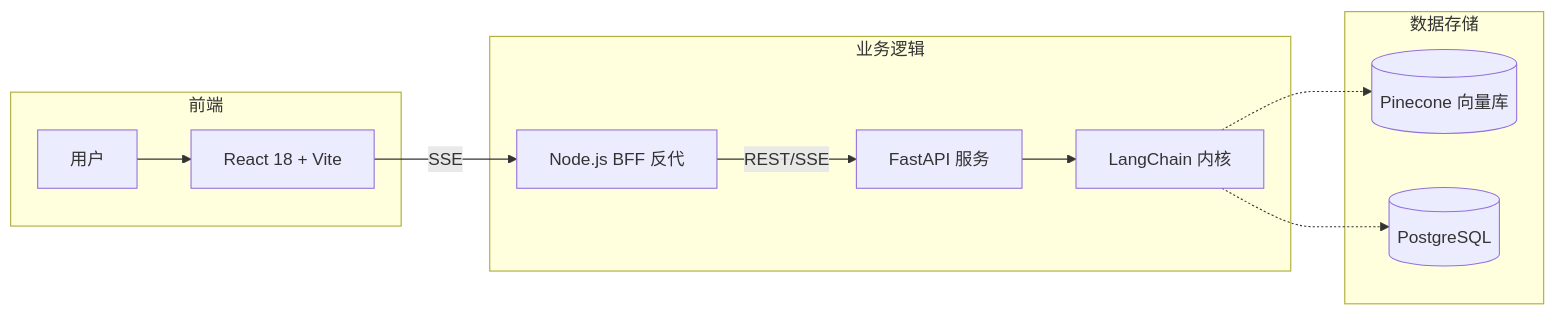
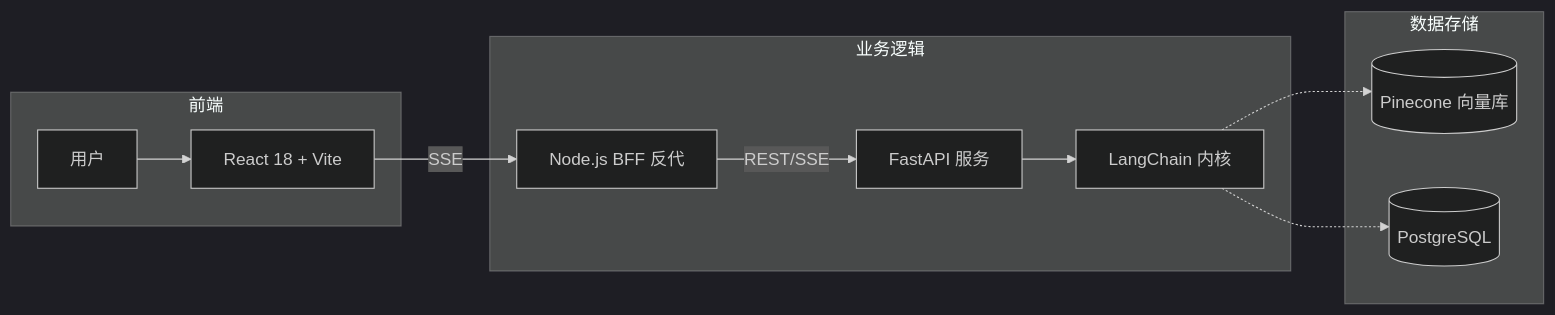
Before and after one commit to cuiningran-spec/philosophy-agent: the first of 3 diagrams in docs/slides/slides.md, drawn with Mermaid. The commit also changed other lines of this file, not shown here.

````diff
--- a/docs/slides/slides.md
+++ b/docs/slides/slides.md
@@ -147,17 +147,18 @@
 ```mermaid {scale: 0.6}
+%%{init: {'theme': 'dark'}}%%
 flowchart LR
     subgraph 前端
         U[用户] --> React[React 18 + Vite]
     end
     
     subgraph 业务逻辑
         React -->|SSE| Node[Node.js BFF 反代]
         Node -->|REST/SSE| FastAPI[FastAPI 服务]
         FastAPI --> Engine[LangChain 内核]
     end
     
     subgraph 数据存储
         Engine -.-> PC[(Pinecone 向量库)]
         Engine -.-> PG[(PostgreSQL)]
     end
 ```
````
